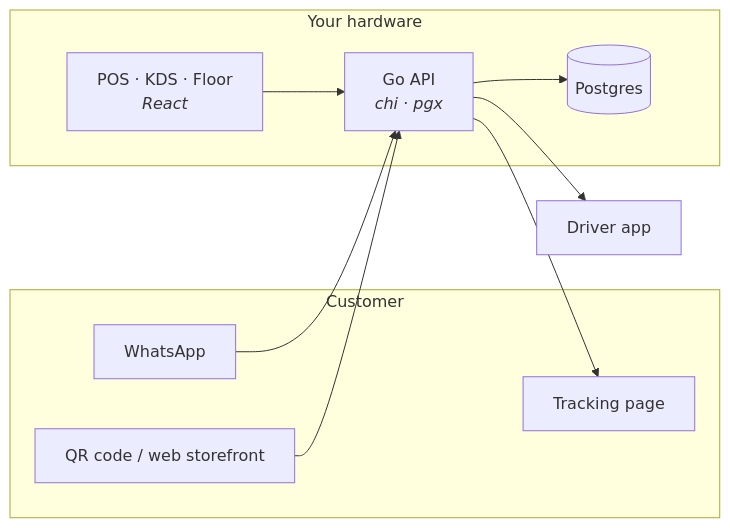
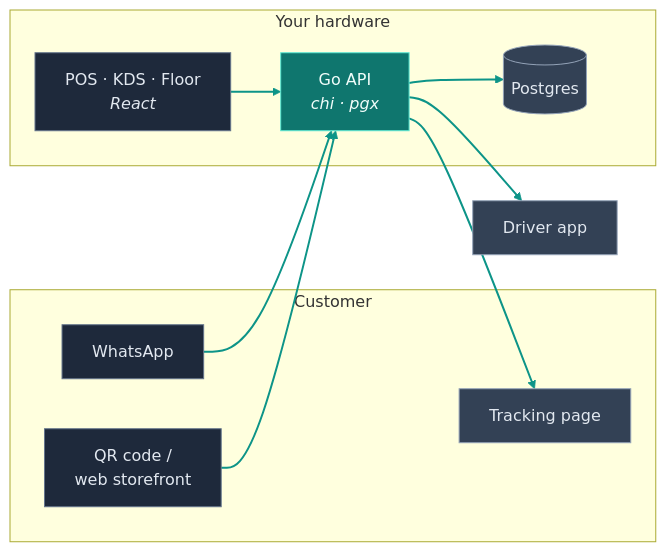
The diagram in README.md (vul-os/beepbite), drawn with Mermaid before and after one commit.

````diff
--- a/README.md
+++ b/README.md
@@ -153,20 +153,28 @@
 ```mermaid
 flowchart LR
   subgraph Customer
     W["WhatsApp"]
-    Q["QR code / web storefront"]
+    Q["QR code /<br/>web storefront"]
     T["Tracking page"]
   end
   subgraph "Your hardware"
     API["Go API<br/><i>chi · pgx</i>"]
     DB[("Postgres")]
     UI["POS · KDS · Floor<br/><i>React</i>"]
   end
   D["Driver app"]
   W --> API
   Q --> API
   UI --> API
   API --> DB
   API --> D
   API --> T
+
+  classDef entry fill:#1e293b,stroke:#64748b,color:#e2e8f0
+  classDef subject fill:#0f766e,stroke:#5eead4,color:#f0fdfa
+  classDef downstream fill:#334155,stroke:#94a3b8,color:#e2e8f0
+  class W,Q,UI entry
+  class API subject
+  class DB,D,T downstream
+  linkStyle default stroke:#0d9488,stroke-width:2px
 ```
````
